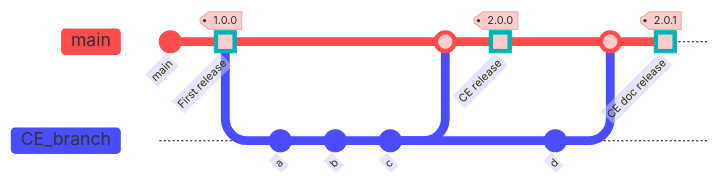
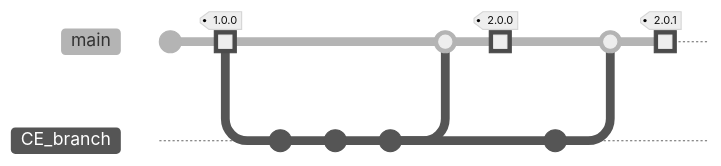
One commit to joaohb07/documentation changed the diagram in docs/docs/ce/controle_de_estoque.md. Above: the diagram before and after it, drawn with Mermaid. The commit also changed other lines of this file and 1 other file, not shown here.

````diff
--- a/docs/docs/ce/controle_de_estoque.md
+++ b/docs/docs/ce/controle_de_estoque.md
@@ -38,19 +38,19 @@
 ```mermaid
-%%{init: {'theme': 'base', 'themeVariables': { 'primaryColor': '#ffcccc', 'edgeLabelBackground':'#ffffee', 'tertiaryColor': '#fff0f0'}}}%%
+%%{init: {'logLevel': 'debug', 'theme': 'neutral', 'gitGraph': {'showBranches': true, 'showCommitLabel': false}}}%%
     gitGraph
       commit id: "main"
       commit id: "First release" type: HIGHLIGHT tag: "1.0.0"
       branch CE_branch
       checkout CE_branch
       commit id: "a"
       commit id: "b"
       commit id: "c"
       checkout main
       merge CE_branch
       commit id: "CE release" type: HIGHLIGHT tag:"2.0.0"
       checkout CE_branch
       commit id: "d"
       checkout main
       merge CE_branch
       commit id: "CE doc release" type: HIGHLIGHT tag:"2.0.1"
 ```
````
